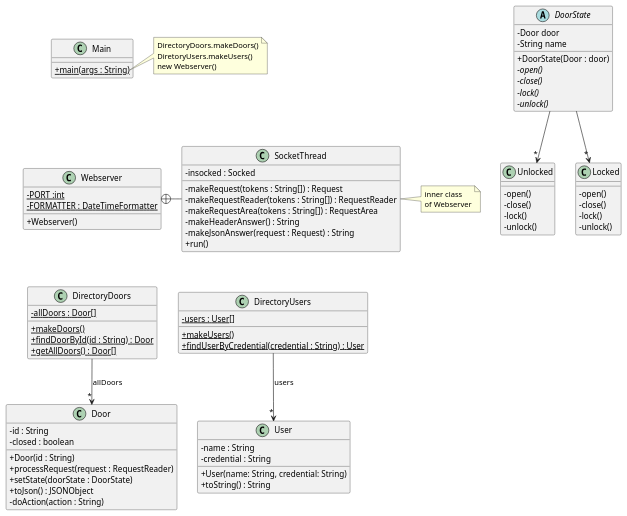
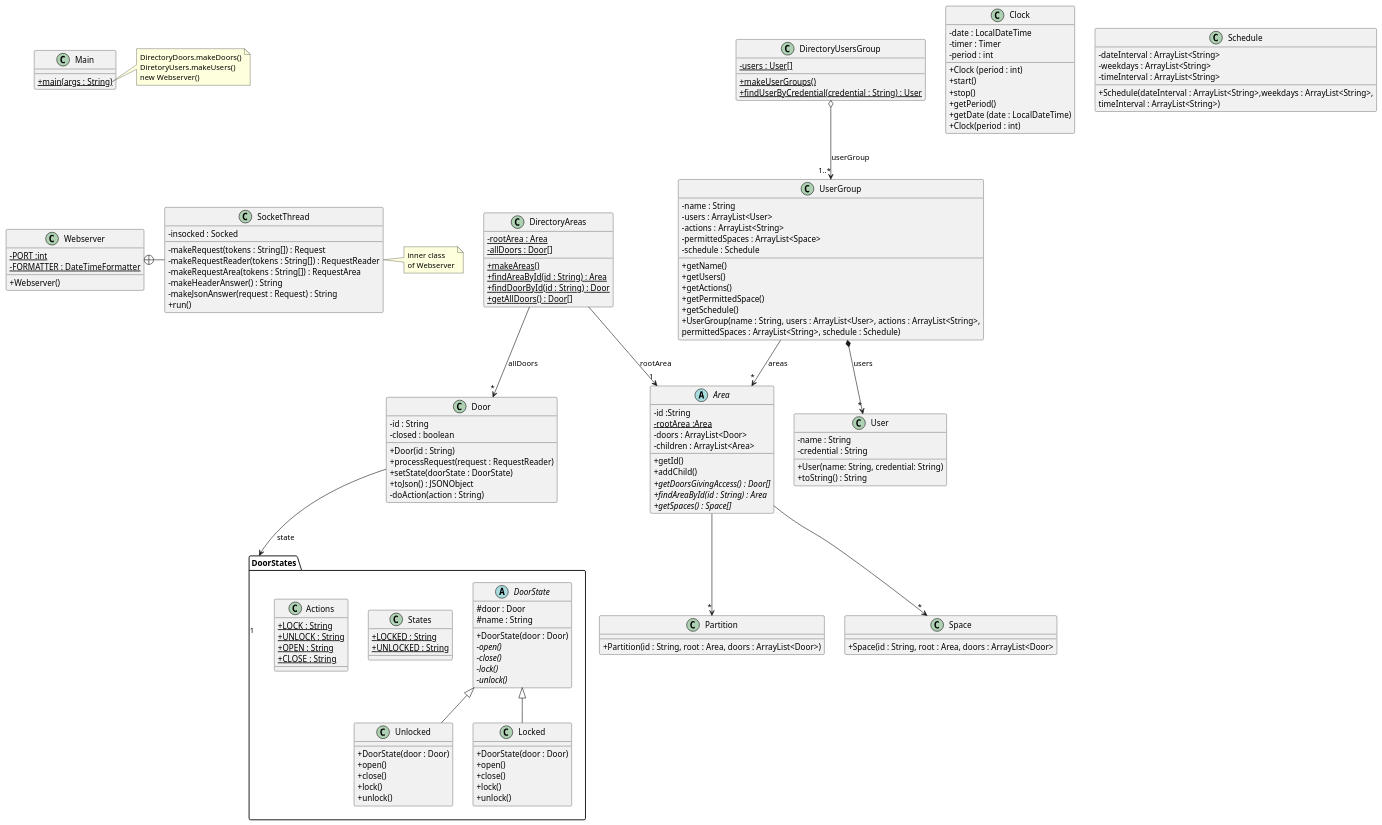
Before and after one commit to marcmejias/acs_students424: the diagram in src/baseNoStates/uml/base_no_states.puml, drawn with PlantUML. The commit also changed 1 other file, not shown here.

Commit message:
uml actualitzat

```diff
--- a/src/baseNoStates/uml/base_no_states.puml
+++ b/src/baseNoStates/uml/base_no_states.puml
@@ -1,107 +1,186 @@
 @startuml
 'https://plantuml.com/class-diagram
 skinparam classAttributeIconSize 0
 
 class Webserver {
 - {static} PORT :int
 - {static} FORMATTER : DateTimeFormatter
 + Webserver()
 }
 
 class SocketThread {
 - insocked : Socked
 - makeRequest(tokens : String[]) : Request
 - makeRequestReader(tokens : String[]) : RequestReader
 - makeRequestArea(tokens : String[]) : RequestArea
 - makeHeaderAnswer() : String
 - makeJsonAnswer(request : Request) : String
 + run()
 }
 
 Webserver +-right- SocketThread
 
 note right of SocketThread
 inner class
 of Webserver
 end note
 
-class DirectoryDoors {
+class DirectoryAreas {
+- {static} rootArea : Area
 - {static} allDoors : Door[]
-+ {static} makeDoors()
++ {static} makeAreas()
++ {static} findAreaById(id : String) : Area
 + {static} findDoorById(id : String) : Door
 + {static} getAllDoors() : Door[]
 }
 
-DirectoryDoors --> "*" Door : "allDoors"
+DirectoryAreas --> "*" Door : "allDoors"
+DirectoryAreas --> "1" Area : "rootArea"
 
-class DirectoryUsers {
+class DirectoryUsersGroup {
 - {static} users : User[]
-+ {static} makeUsers()
++ {static} makeUserGroups()
 + {static} findUserByCredential(credential : String) : User
 }
 
-DirectoryUsers --> "*" User : "users"
+Door --> "1" DoorStates : "state"
+DirectoryUsersGroup o--> "1..*" UserGroup : "userGroup"
+UserGroup --> "*" Area : "areas"
+UserGroup *--> "*" User : "users"
 
 class Door {
 - id : String
 - closed : boolean
 + Door(id : String)
 + processRequest(request : RequestReader)
 + setState(doorState : DoorState)
 + toJson() : JSONObject
 '+ toString() : String
 '+ isClosed() :boolean
 '+ setClosed(b : boolean)
 '+ getStateName() : String
 - doAction(action : String)
 }
 
-abstract DoorState  {
-- Door door
-- String name
-+ DoorState(Door : door)
+package DoorStates{
+abstract DoorState{
+#door : Door
+#name : String
++ DoorState(door : Door)
 - {abstract} open()
 - {abstract} close()
 - {abstract} lock()
 - {abstract} unlock()
 }
 
-DoorState --> "*" Unlocked
-DoorState --> "*" Locked
+DoorState <|-- Unlocked
+DoorState <|-- Locked
 
 class Unlocked {
-- open()
-- close()
-- lock()
-- unlock()
++ DoorState(door : Door)
++ open()
++ close()
++ lock()
++ unlock()
 }
 
 class Locked {
-- open()
-- close()
-- lock()
-- unlock()
++ DoorState(door : Door)
++ open()
++ close()
++ lock()
++ unlock()
+}
+class States{
+{static}+LOCKED : String
+{static}+UNLOCKED : String
 }
 
+class Actions{
+{static}+LOCK : String
+{static}+UNLOCK : String
+{static}+OPEN : String
+{static}+CLOSE : String
+}
+
+}
 class User {
 - name : String
 - credential : String
 + User(name: String, credential: String)
 + toString() : String
 }
 
+
+
+abstract Area{
+-id :String
+-{static}rootArea :Area
+-doors : ArrayList<Door>
+-children : ArrayList<Area>
++getId()
++addChild()
++{abstract}getDoorsGivingAccess() : Door[]
++{abstract}findAreaById(id : String) : Area
++{abstract}getSpaces() : Space[]
+}
+
+class Clock{
+-date : LocalDateTime
+-timer : Timer
+-period : int
++Clock (period : int)
++start()
++stop()
++getPeriod()
++getDate (date : LocalDateTime)
++Clock(period : int)
+}
+
+Area --> "*" Partition
+Area --> "*" Space
+class Partition{
++Partition(id : String, root : Area, doors : ArrayList<Door>)
+}
+
+class Space{
++Space(id : String, root : Area, doors : ArrayList<Door>
+}
+class Schedule{
+-dateInterval : ArrayList<String>
+-weekdays : ArrayList<String>
+-timeInterval : ArrayList<String>
++Schedule(dateInterval : ArrayList<String>,weekdays : ArrayList<String>,
+timeInterval : ArrayList<String>)
+}
+
+
+
+class UserGroup{
+-name : String
+-users : ArrayList<User>
+-actions : ArrayList<String>
+-permittedSpaces : ArrayList<Space>
+-schedule : Schedule
++getName()
++getUsers()
++getActions()
++getPermittedSpace()
++getSchedule()
++UserGroup(name : String, users : ArrayList<User>, actions : ArrayList<String>,
+permittedSpaces : ArrayList<String>, schedule : Schedule)
+}
 
 class Main {
 + {static} main(args : String)
 }
 
 note right of Main::main
 DirectoryDoors.makeDoors()
 DiretoryUsers.makeUsers()
 new Webserver()
 end note
 
 Main -[hidden]down- Webserver
-Webserver -[hidden]down- DirectoryDoors
-DirectoryDoors -[hidden]right- DirectoryUsers
+
 @enduml
```
